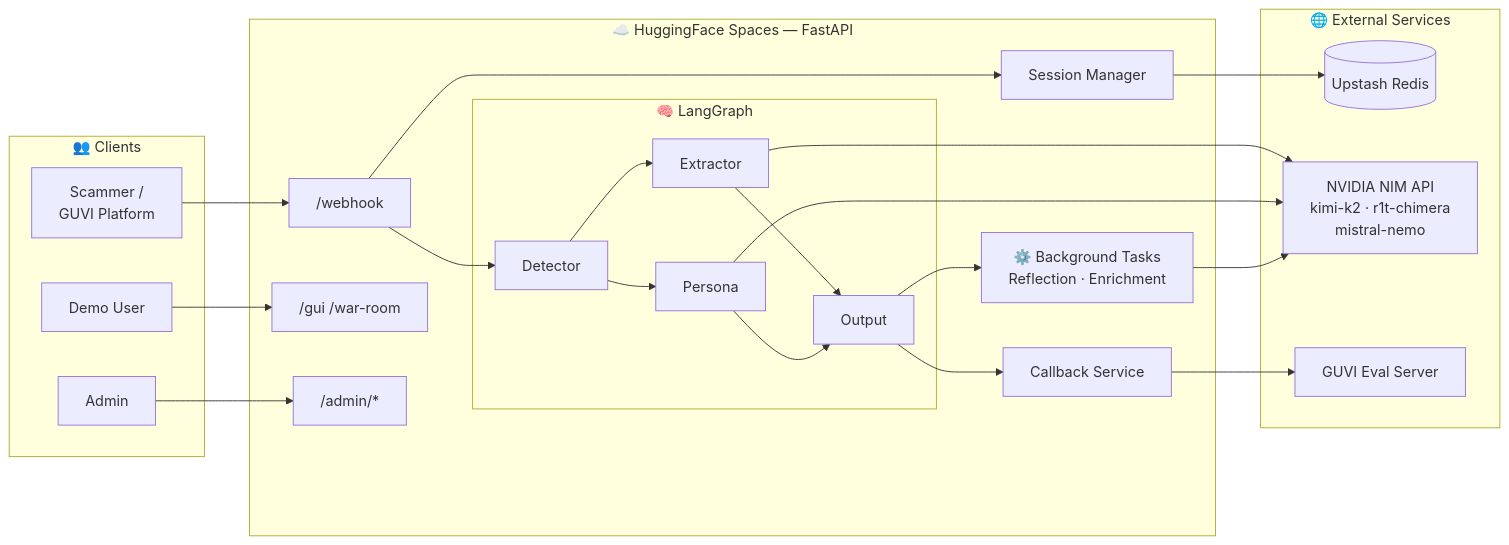
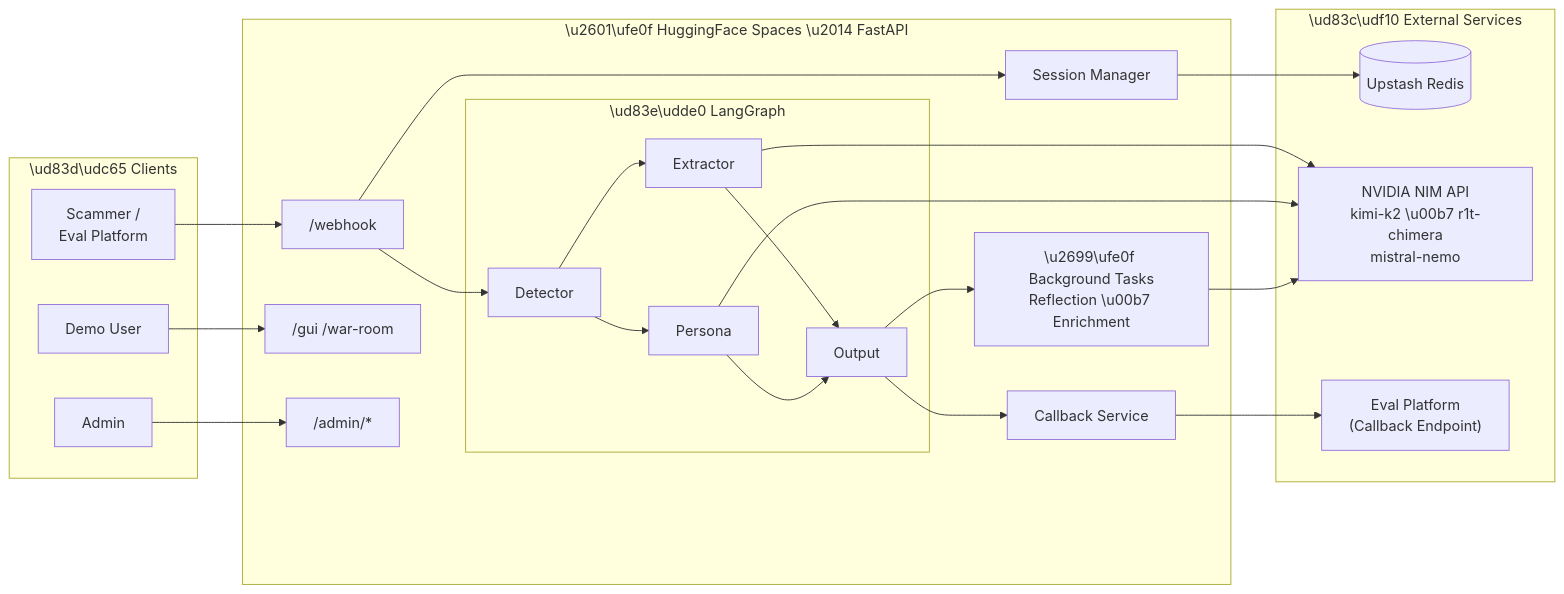
The diagram in docs/diagrams/03_architecture_diagram.md (rohzhegde26/agentic-honeypot-submission), drawn with Mermaid before and after one commit. The commit also changed 2 other files, not shown here.

Commit message:
docs: remove all GUVI references, replace with Eval Platform

````diff
--- a/docs/diagrams/03_architecture_diagram.md
+++ b/docs/diagrams/03_architecture_diagram.md
@@ -3,42 +3,42 @@
 ```mermaid
 graph LR
-    subgraph CL ["👥 Clients"]
-        SC["Scammer /\nGUVI Platform"]
+    subgraph CL ["\ud83d\udc65 Clients"]
+        SC["Scammer /\nEval Platform"]
         AD["Admin"]
         DU["Demo User"]
     end
 
-    subgraph APP ["☁️ HuggingFace Spaces — FastAPI"]
+    subgraph APP ["\u2601\ufe0f HuggingFace Spaces \u2014 FastAPI"]
         WH["/webhook"]
         GUI["/gui  /war-room"]
         ADM["/admin/*"]
 
-        subgraph LG ["🧠 LangGraph"]
+        subgraph LG ["\ud83e\udde0 LangGraph"]
             DET["Detector"]
             EXT["Extractor"]
             PER["Persona"]
             OUT["Output"]
         end
 
         SM["Session Manager"]
         CB["Callback Service"]
-        BG["⚙️ Background Tasks\nReflection · Enrichment"]
+        BG["\u2699\ufe0f Background Tasks\nReflection \u00b7 Enrichment"]
     end
 
-    subgraph EXT_SVC ["🌐 External Services"]
+    subgraph EXT_SVC ["\ud83c\udf10 External Services"]
         REDIS[("Upstash Redis")]
-        LLM["NVIDIA NIM API\nkimi-k2 · r1t-chimera\nmistral-nemo"]
-        GUVI["GUVI Eval Server"]
+        LLM["NVIDIA NIM API\nkimi-k2 \u00b7 r1t-chimera\nmistral-nemo"]
+        PLATFORM["Eval Platform\n(Callback Endpoint)"]
     end
 
     SC --> WH
     AD --> ADM
     DU --> GUI
 
     WH --> SM --> REDIS
     WH --> DET --> EXT & PER --> OUT
-    OUT --> CB --> GUVI
+    OUT --> CB --> PLATFORM
     OUT --> BG
 
     EXT & PER & BG --> LLM
 ```
````
